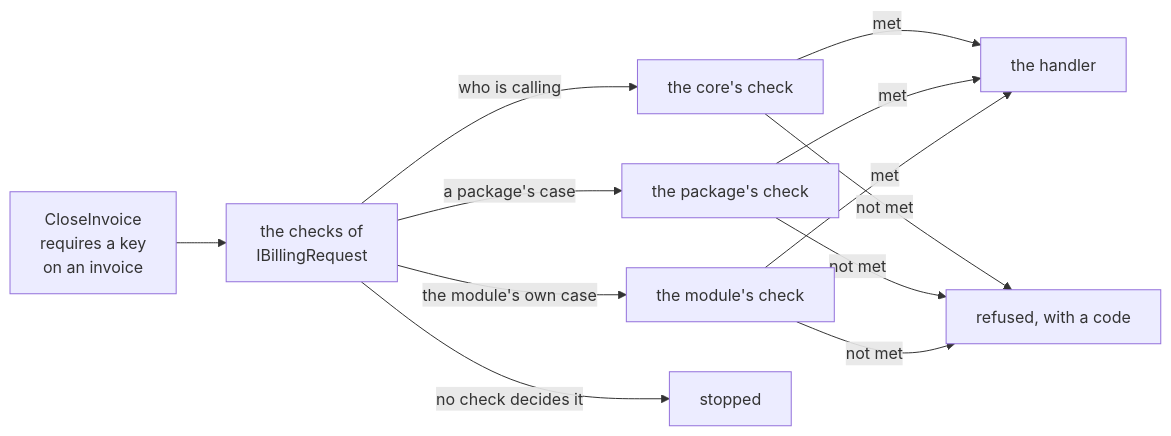
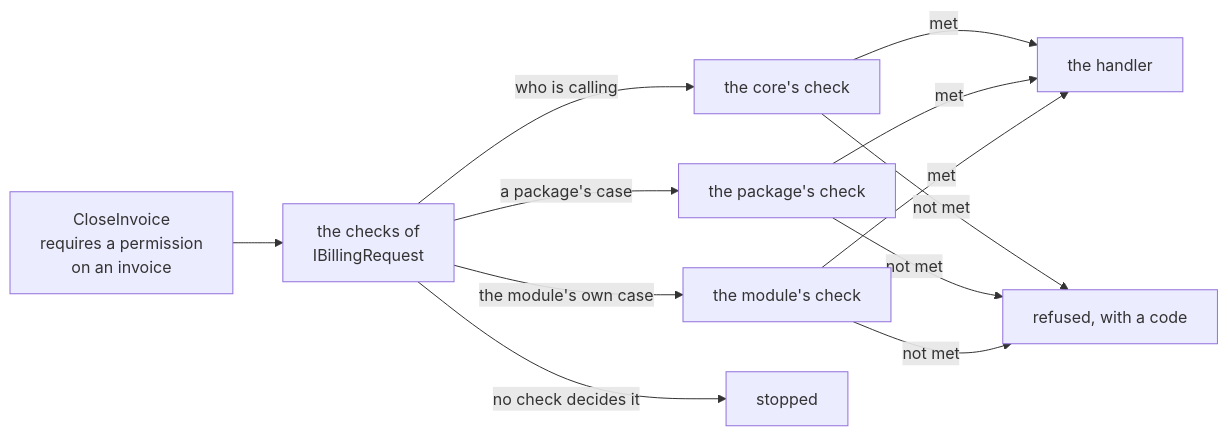
One commit to DylanSnel/DDDToolkit changed the ninth of 10 diagrams in docs/access-requirements.md. Above: the diagram before and after it, drawn with Mermaid. The commit also changed other lines of this file and 752 other files, not shown here.

````diff
--- a/docs/access-requirements.md
+++ b/docs/access-requirements.md
@@ -1114,14 +1114,14 @@
 ```mermaid
 flowchart LR
-    Request["CloseInvoice<br/>requires a key<br/>on an invoice"] --> Checks["the checks of<br/>IBillingRequest"]
+    Request["CloseInvoice<br/>requires a permission<br/>on an invoice"] --> Checks["the checks of<br/>IBillingRequest"]
     Checks -- "who is calling" --> Core["the core's check"]
     Checks -- "a package's case" --> Package["the package's check"]
     Checks -- "the module's own case" --> Own["the module's check"]
     Checks -- "no check decides it" --> Stopped["stopped"]
     Core -- "met" --> Handler["the handler"]
     Package -- "met" --> Handler
     Own -- "met" --> Handler
     Core -- "not met" --> Refused["refused, with a code"]
     Package -- "not met" --> Refused
     Own -- "not met" --> Refused
 ```
````
